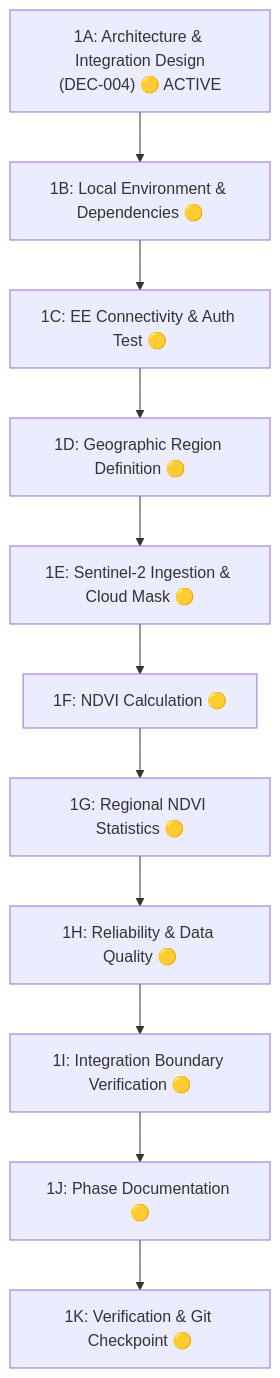
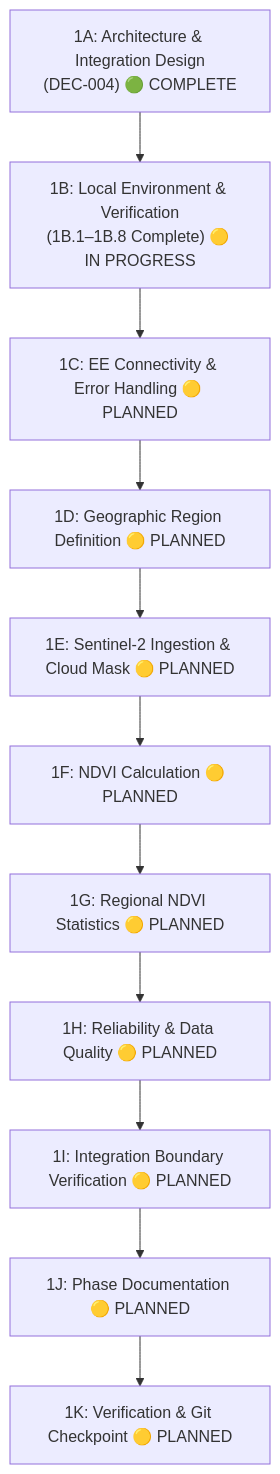
Before and after one commit to Kushagra-Dixit-0906/bharatsahayak-v2: the diagram in docs/phases/PHASE_01_EARTH_ENGINE_FOUNDATION.md, drawn with Mermaid. The commit also changed other lines of this file and 2 other files, not shown here.

Commit message:
docs: record Earth Engine environment verification

````diff
--- a/docs/phases/PHASE_01_EARTH_ENGINE_FOUNDATION.md
+++ b/docs/phases/PHASE_01_EARTH_ENGINE_FOUNDATION.md
@@ -47,13 +48,13 @@
 ```mermaid
 graph TD
-    S1A["1A: Architecture & Integration Design\n(DEC-004) 🟡 ACTIVE"] --> S1B["1B: Local Environment & Dependencies 🟡"]
-    S1B --> S1C["1C: EE Connectivity & Auth Test 🟡"]
-    S1C --> S1D["1D: Geographic Region Definition 🟡"]
-    S1D --> S1E["1E: Sentinel-2 Ingestion & Cloud Mask 🟡"]
-    S1E --> S1F["1F: NDVI Calculation 🟡"]
-    S1F --> S1G["1G: Regional NDVI Statistics 🟡"]
-    S1G --> S1H["1H: Reliability & Data Quality 🟡"]
-    S1H --> S1I["1I: Integration Boundary Verification 🟡"]
-    S1I --> S1J["1J: Phase Documentation 🟡"]
-    S1J --> S1K["1K: Verification & Git Checkpoint 🟡"]
+    S1A["1A: Architecture & Integration Design\n(DEC-004) 🟢 COMPLETE"] --> S1B["1B: Local Environment & Verification\n(1B.1–1B.8 Complete) 🟡 IN PROGRESS"]
+    S1B --> S1C["1C: EE Connectivity & Error Handling 🟡 PLANNED"]
+    S1C --> S1D["1D: Geographic Region Definition 🟡 PLANNED"]
+    S1D --> S1E["1E: Sentinel-2 Ingestion & Cloud Mask 🟡 PLANNED"]
+    S1E --> S1F["1F: NDVI Calculation 🟡 PLANNED"]
+    S1F --> S1G["1G: Regional NDVI Statistics 🟡 PLANNED"]
+    S1G --> S1H["1H: Reliability & Data Quality 🟡 PLANNED"]
+    S1H --> S1I["1I: Integration Boundary Verification 🟡 PLANNED"]
+    S1I --> S1J["1J: Phase Documentation 🟡 PLANNED"]
+    S1J --> S1K["1K: Verification & Git Checkpoint 🟡 PLANNED"]
 ```
````
